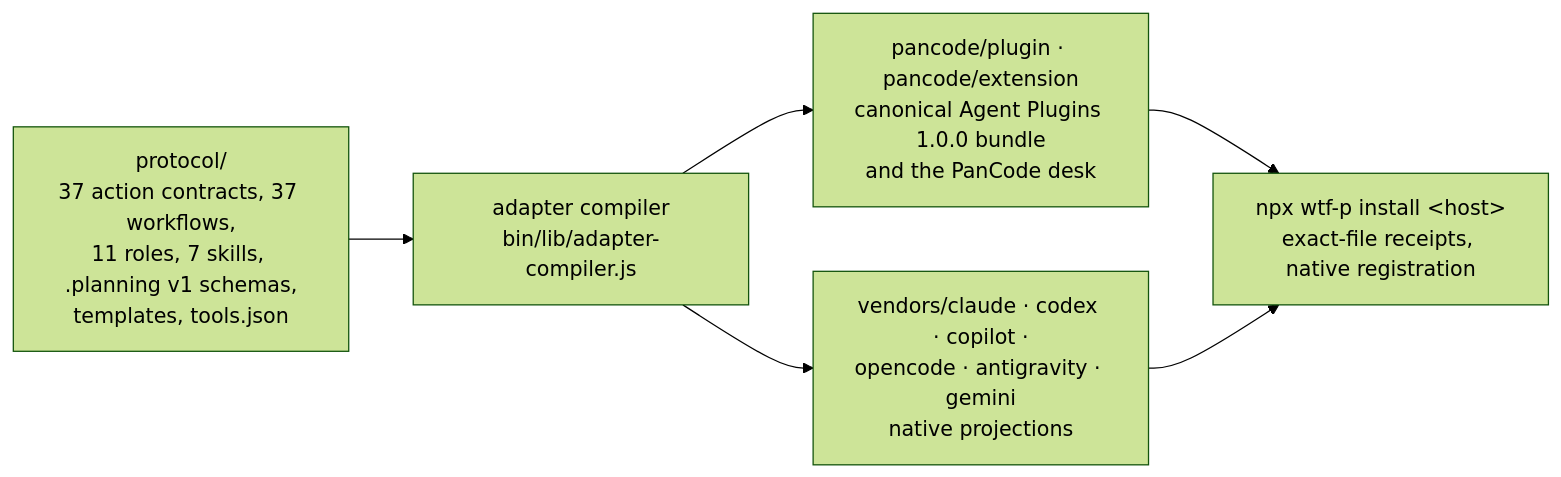
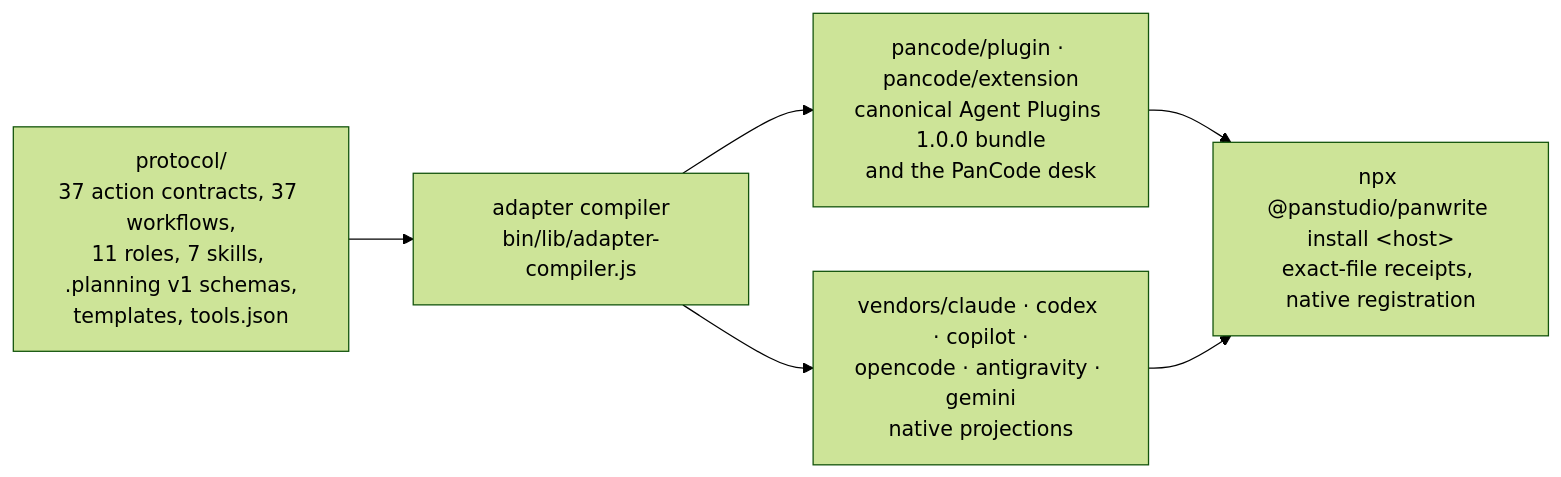
The diagram in README.md (akougkas/wtf-p), drawn with Mermaid (forest theme) before and after one commit. The commit also changed other lines of this file and 3014 other files, not shown here.

````diff
--- a/README.md
+++ b/README.md
@@ -184,8 +185,8 @@
 ```mermaid
 flowchart LR
   P["protocol/<br/>37 action contracts, 37 workflows,<br/>11 roles, 7 skills, .planning v1 schemas,<br/>templates, tools.json"] --> C["adapter compiler<br/>bin/lib/adapter-compiler.js"]
   C --> B["pancode/plugin · pancode/extension<br/>canonical Agent Plugins 1.0.0 bundle<br/>and the PanCode desk"]
   C --> H["vendors/claude · codex · copilot ·<br/>opencode · antigravity · gemini<br/>native projections"]
-  B --> I["npx wtf-p install &lt;host&gt;<br/>exact-file receipts, native registration"]
+  B --> I["npx @panstudio/panwrite install &lt;host&gt;<br/>exact-file receipts, native registration"]
   H --> I
 ```
````
